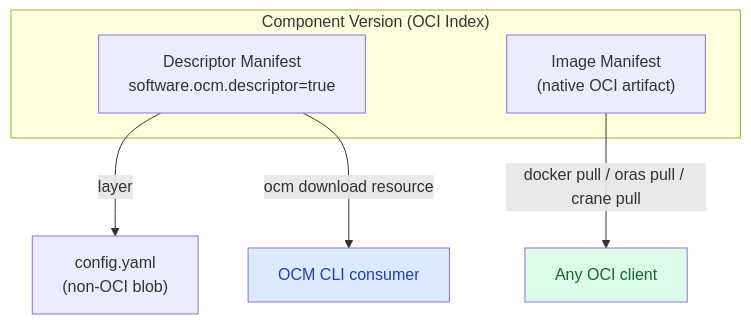
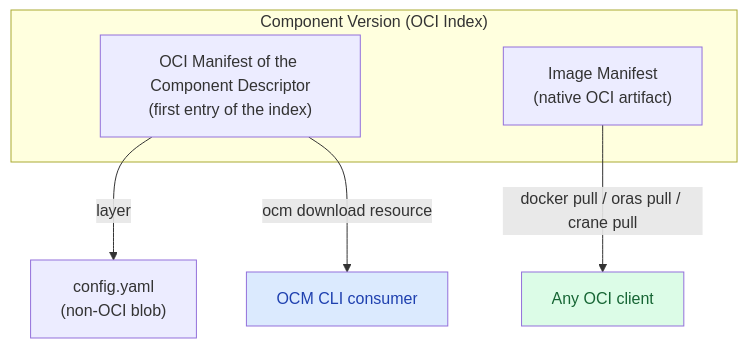
One commit to open-component-model/open-component-model changed the diagram in website/content/docs/guides/transfer/pull-oci-artifacts-natively.md. Above: the diagram before and after it, drawn with Mermaid. The commit also changed other lines of this file and 1 other file, not shown here.

First line of the commit message:
docs: describe the component descriptor's OCI manifest instead of naming it

````diff
--- a/website/content/docs/guides/transfer/pull-oci-artifacts-natively.md
+++ b/website/content/docs/guides/transfer/pull-oci-artifacts-natively.md
@@ -311,14 +311,14 @@
 ```mermaid
 flowchart TB
     subgraph index ["Component Version (OCI Index)"]
-        Desc["Descriptor Manifest<br/>software.ocm.descriptor=true"]
+        Desc["OCI Manifest of the Component Descriptor<br/>(first entry of the index)"]
         NativeImg["Image Manifest<br/>(native OCI artifact)"]
     end
 
     Desc -- "layer" --> NonOCI["config.yaml<br/>(non-OCI blob)"]
     Desc -- "ocm download resource" --> OCM["OCM CLI consumer"]
     NativeImg -- "docker pull / oras pull / crane pull" --> Pull["Any OCI client"]
 
     style Pull fill:#dcfce7,color:#166534
     style OCM fill:#dbeafe,color:#1e40af
 ```
````
